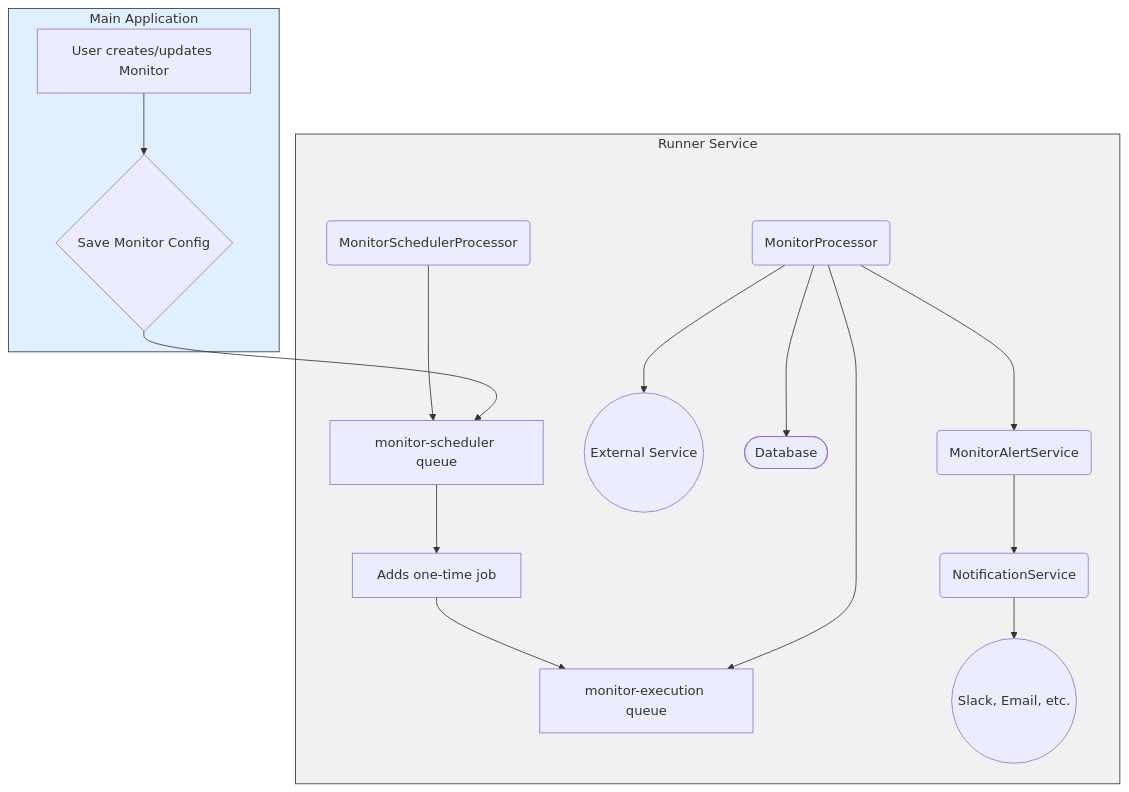
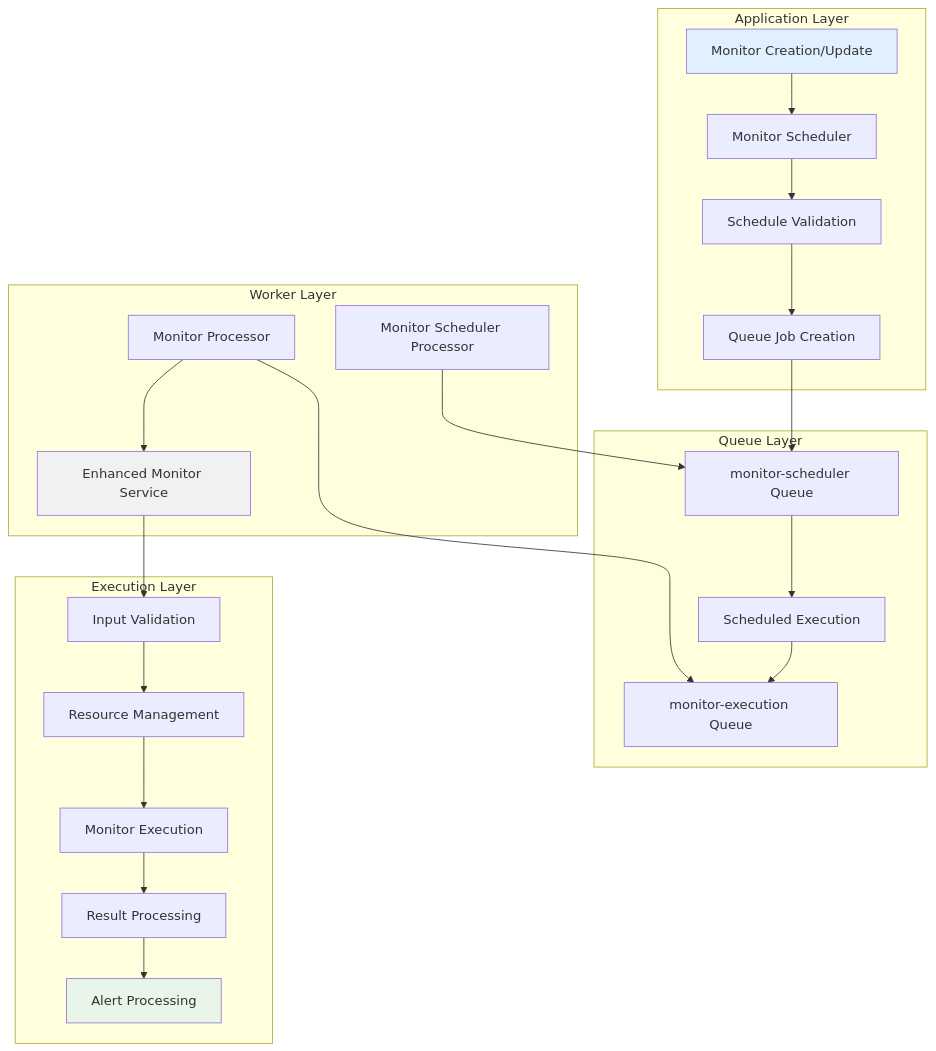
Before and after one commit to supercheck-io/supercheck-core: the sixth of 12 diagrams in specs/MONITORING_SYSTEM.md, drawn with Mermaid. The commit also changed other lines of this file and 32 other files, not shown here.

Commit message:
fix(worker): resolve TS syntax error by restructuring request config; update crypto to use createCipheriv/DecipherGCM

````diff
--- a/specs/MONITORING_SYSTEM.md
+++ b/specs/MONITORING_SYSTEM.md
@@ -118,22 +293,36 @@
 ```mermaid
 graph TD
-    subgraph app ["Main Application"]
-        A[User creates/updates Monitor] --> B{Save Monitor Config}
+    subgraph "Application Layer"
+        A[Monitor Creation/Update] --> B[Monitor Scheduler]
+        B --> C[Schedule Validation]
+        C --> D[Queue Job Creation]
     end
-
-    subgraph runner ["Runner Service"]
-        C(MonitorSchedulerProcessor) --> D[monitor-scheduler queue]
-        B --> D
-        D --> E[Adds one-time job]
-        E --> F[monitor-execution queue]
-        G(MonitorProcessor) --> F
-        G --> H((External Service))
-        G --> I([Database])
-        G --> J(MonitorAlertService)
-        J --> K(NotificationService)
-        K --> L((Slack, Email, etc.))
+    
+    subgraph "Queue Layer"
+        D --> E[monitor-scheduler Queue]
+        E --> F[Scheduled Execution]
+        F --> G[monitor-execution Queue]
     end
-
-    style runner fill:#f1f1f1,stroke:#333
-    style app fill:#e1f0ff,stroke:#333
+    
+    subgraph "Worker Layer"
+        H[Monitor Scheduler Processor]
+        I[Monitor Processor]
+        J[Enhanced Monitor Service]
+        
+        H --> E
+        I --> G
+        I --> J
+    end
+    
+    subgraph "Execution Layer"
+        J --> K[Input Validation]
+        K --> L[Resource Management]
+        L --> M[Monitor Execution]
+        M --> N[Result Processing]
+        N --> O[Alert Processing]
+    end
+    
+    style A fill:#e1f0ff
+    style J fill:#f1f1f1
+    style O fill:#e8f5e8
 ```
````
